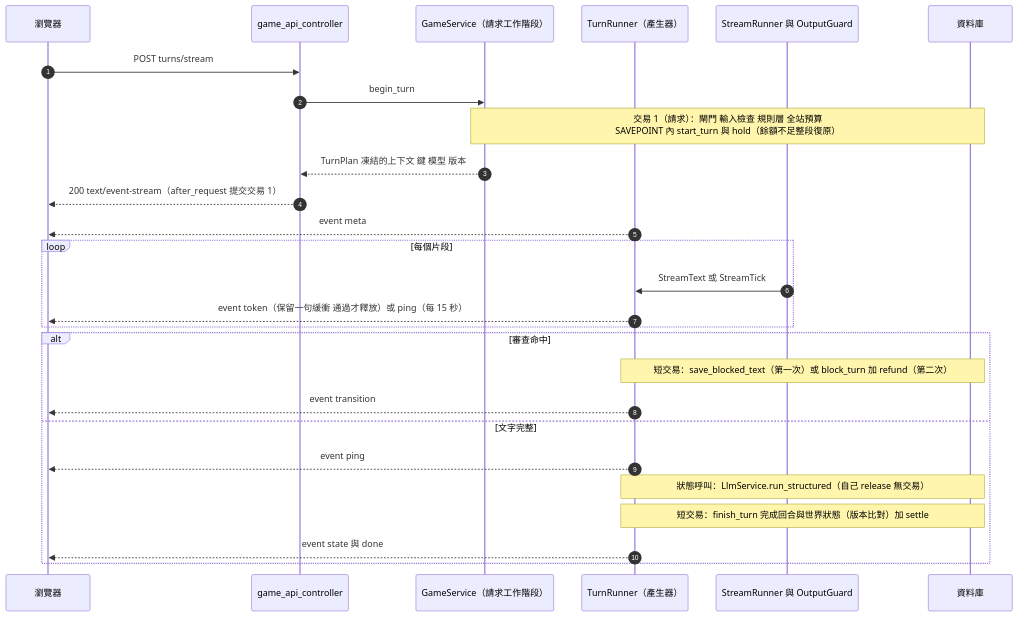
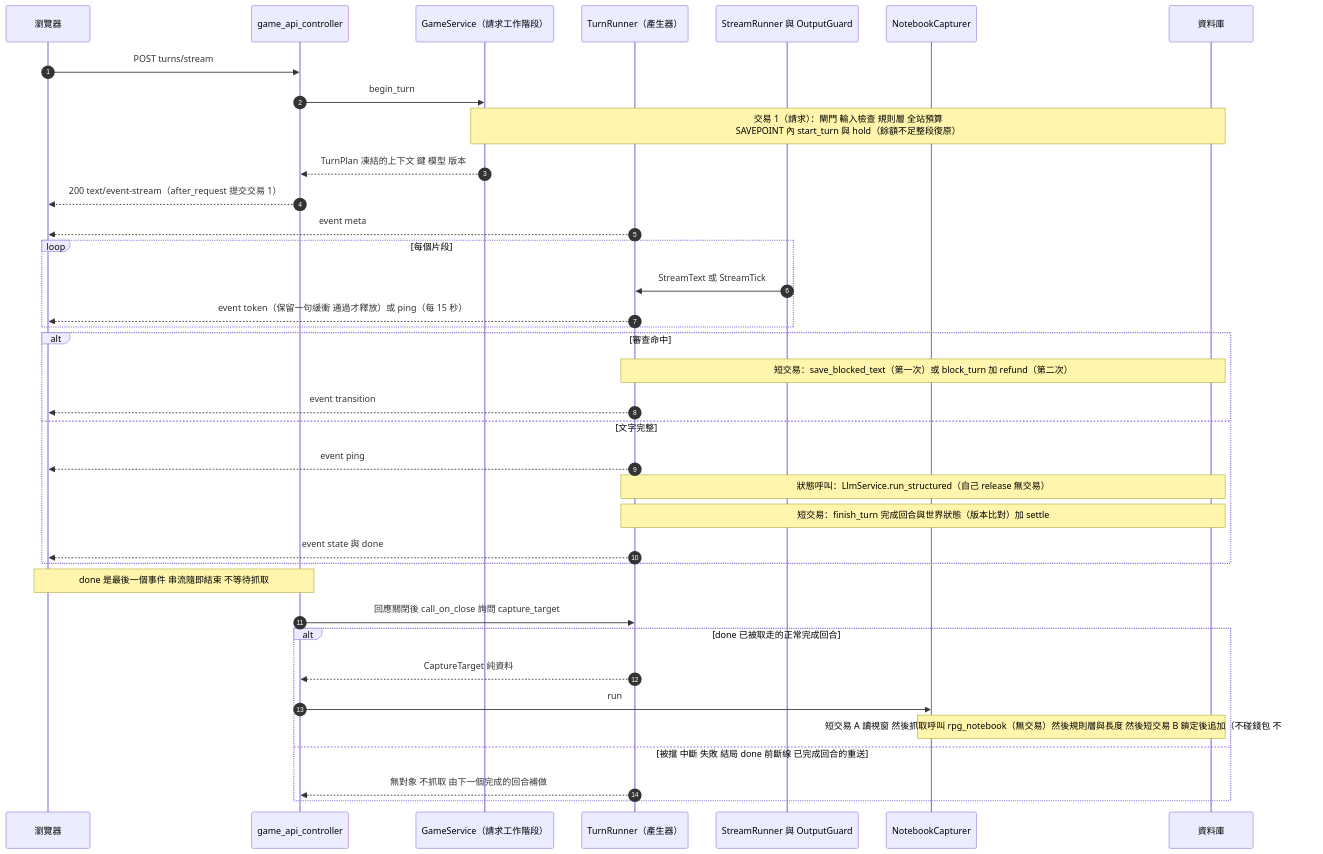
Before and after one commit to pp466pp466/R.A.C: the sixth of 8 diagrams in docs/系統架構-architecture.md, drawn with Mermaid. The commit also changed other lines of this file and 18 other files, not shown here.

First line of the commit message:
RC-2b 批次 3：記事簿日誌、NotebookCapturer 與串流接線

````diff
--- a/docs/系統架構-architecture.md
+++ b/docs/系統架構-architecture.md
@@ -237,29 +237,39 @@
 ```mermaid
 sequenceDiagram
     autonumber
     participant C as 瀏覽器
     participant Ctl as game_api_controller
     participant G as GameService（請求工作階段）
     participant R as TurnRunner（產生器）
     participant S as StreamRunner 與 OutputGuard
+    participant N as NotebookCapturer
     participant DB as 資料庫
     C->>Ctl: POST turns/stream
     Ctl->>G: begin_turn
     Note over G,DB: 交易 1（請求）：閘門 輸入檢查 規則層 全站預算<br/>SAVEPOINT 內 start_turn 與 hold（餘額不足整段復原）
     G-->>Ctl: TurnPlan 凍結的上下文 鍵 模型 版本
     Ctl-->>C: 200 text/event-stream（after_request 提交交易 1）
     R-->>C: event meta
     loop 每個片段
         S->>R: StreamText 或 StreamTick
         R-->>C: event token（保留一句緩衝 通過才釋放）或 ping（每 15 秒）
     end
     alt 審查命中
         Note over R,DB: 短交易：save_blocked_text（第一次）或 block_turn 加 refund（第二次）
         R-->>C: event transition
     else 文字完整
         R-->>C: event ping
         Note over R,DB: 狀態呼叫：LlmService.run_structured（自己 release 無交易）
         Note over R,DB: 短交易：finish_turn 完成回合與世界狀態（版本比對）加 settle
         R-->>C: event state 與 done
     end
+    Note over C,Ctl: done 是最後一個事件 串流隨即結束 不等待抓取
+    Ctl->>R: 回應關閉後 call_on_close 詢問 capture_target
+    alt done 已被取走的正常完成回合
+        R-->>Ctl: CaptureTarget 純資料
+        Ctl->>N: run
+        Note over N,DB: 短交易 A 讀視窗 然後抓取呼叫 rpg_notebook（無交易）然後規則層與長度 然後短交易 B 鎖定後追加（不碰錢包 不計輪數）
+    else 被擋 中斷 失敗 結局 done 前斷線 已完成回合的重送
+        R-->>Ctl: 無對象 不抓取 由下一個完成的回合補做
+    end
 ```
````
